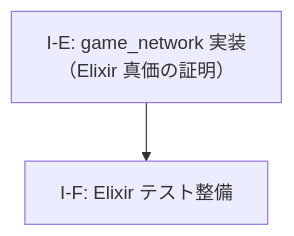
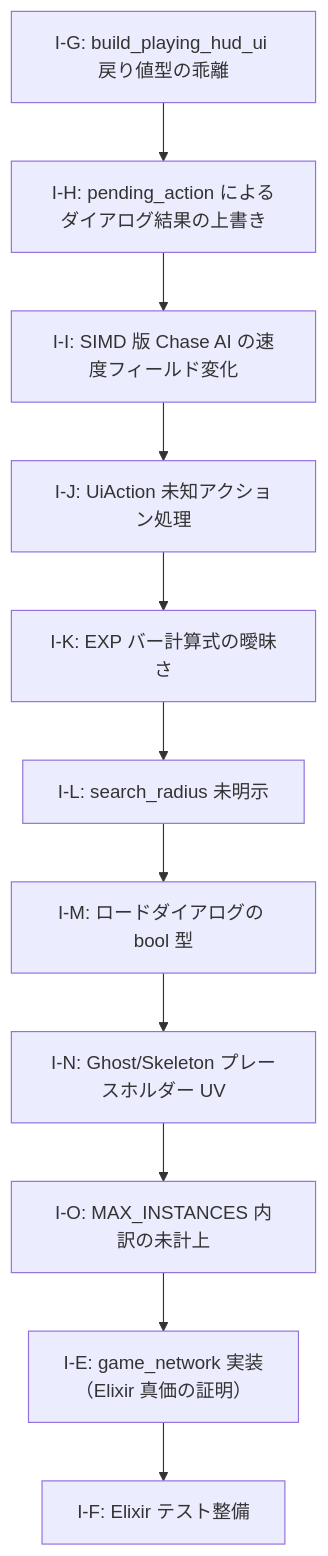
The diagram in docs/improvement-plan.md (FRICK-ELDY/alchemy-engine), drawn with Mermaid before and after one commit. The commit also changed other lines of this file, not shown here.

````diff
--- a/docs/improvement-plan.md
+++ b/docs/improvement-plan.md
@@ -68,7 +244,25 @@
 ```mermaid
 graph TD
+    IG["I-G: build_playing_hud_ui 戻り値型の乖離"]
+    IH["I-H: pending_action によるダイアログ結果の上書き"]
+    II["I-I: SIMD 版 Chase AI の速度フィールド変化"]
+    IJ["I-J: UiAction 未知アクション処理"]
+    IK["I-K: EXP バー計算式の曖昧さ"]
+    IL["I-L: search_radius 未明示"]
+    IM["I-M: ロードダイアログの bool 型"]
+    IN["I-N: Ghost/Skeleton プレースホルダー UV"]
+    IO["I-O: MAX_INSTANCES 内訳の未計上"]
     IE["I-E: game_network 実装\n（Elixir 真価の証明）"]
     IF["I-F: Elixir テスト整備"]
 
+    IG --> IH
+    IH --> II
+    II --> IJ
+    IJ --> IK
+    IK --> IL
+    IL --> IM
+    IM --> IN
+    IN --> IO
+    IO --> IE
     IE --> IF
 ```
````
